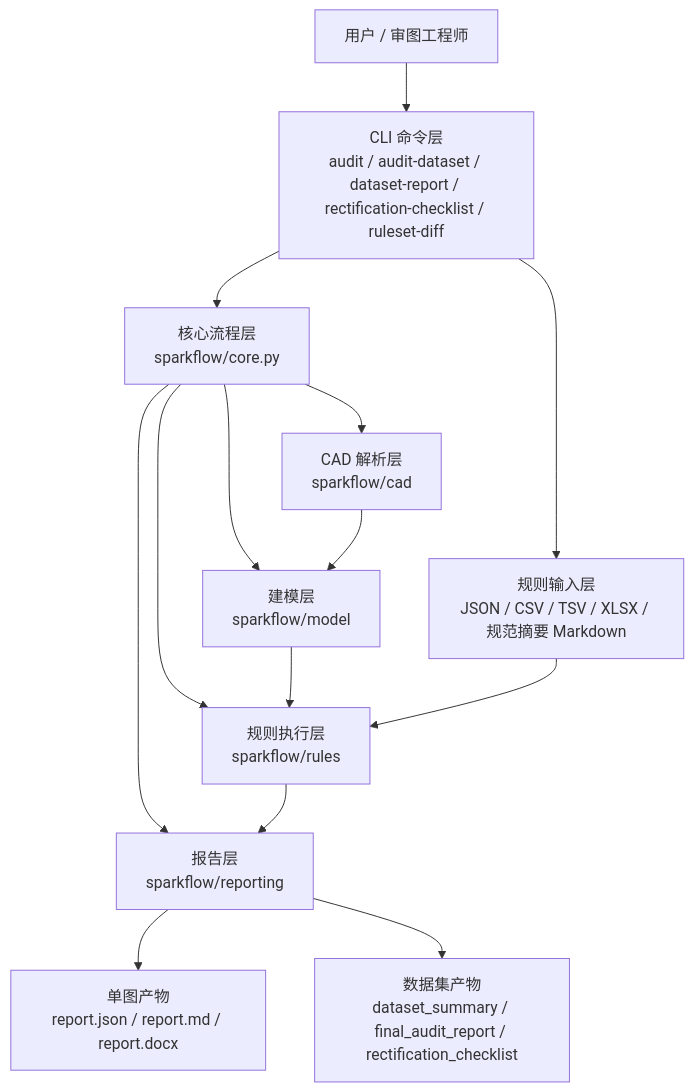
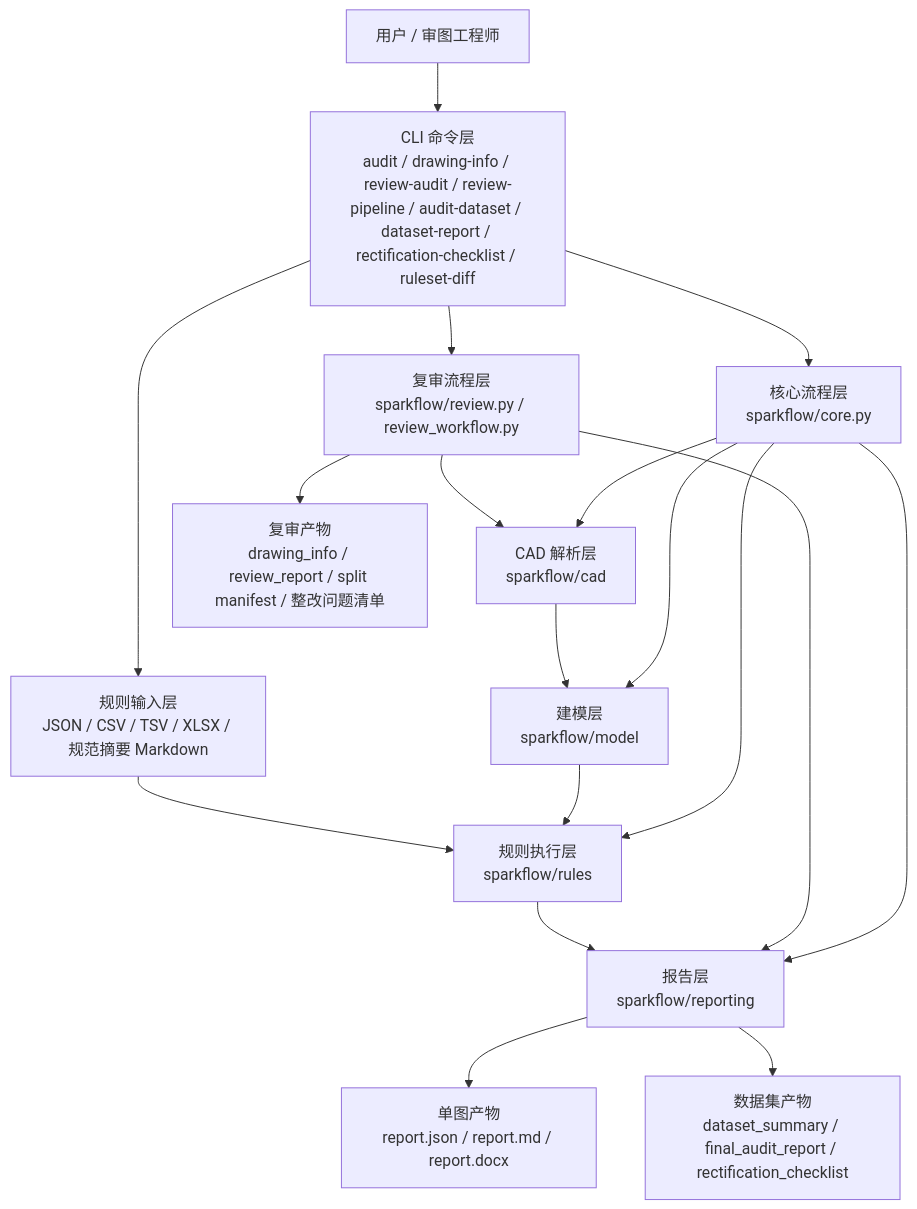
Before and after one commit to live-in-the-moment/SparkFlow: the second of 4 diagrams in readme.md, drawn with Mermaid. The commit also changed other lines of this file and 5 other files, not shown here.

Commit message:
feat(review): add document-driven review pipeline

````diff
--- a/readme.md
+++ b/readme.md
@@ -63,19 +66,23 @@
 ```mermaid
 flowchart TB
-  U["用户 / 审图工程师"] --> CLI["CLI 命令层<br/>audit / audit-dataset / dataset-report / rectification-checklist / ruleset-diff"]
+  U["用户 / 审图工程师"] --> CLI["CLI 命令层<br/>audit / drawing-info / review-audit / review-pipeline / audit-dataset / dataset-report / rectification-checklist / ruleset-diff"]
   CLI --> CORE["核心流程层<br/>sparkflow/core.py"]
+  CLI --> REVIEW["复审流程层<br/>sparkflow/review.py / review_workflow.py"]
   CLI --> RULESET["规则输入层<br/>JSON / CSV / TSV / XLSX / 规范摘要 Markdown"]
 
   CORE --> CAD["CAD 解析层<br/>sparkflow/cad"]
   CORE --> MODEL["建模层<br/>sparkflow/model"]
   CORE --> RULES["规则执行层<br/>sparkflow/rules"]
   CORE --> REPORT["报告层<br/>sparkflow/reporting"]
+  REVIEW --> CAD
+  REVIEW --> REPORT
 
   CAD --> MODEL
   MODEL --> RULES
   RULESET --> RULES
   RULES --> REPORT
 
   REPORT --> OUT1["单图产物<br/>report.json / report.md / report.docx"]
   REPORT --> OUT2["数据集产物<br/>dataset_summary / final_audit_report / rectification_checklist"]
+  REVIEW --> OUT3["复审产物<br/>drawing_info / review_report / split manifest / 整改问题清单"]
 ```
````
